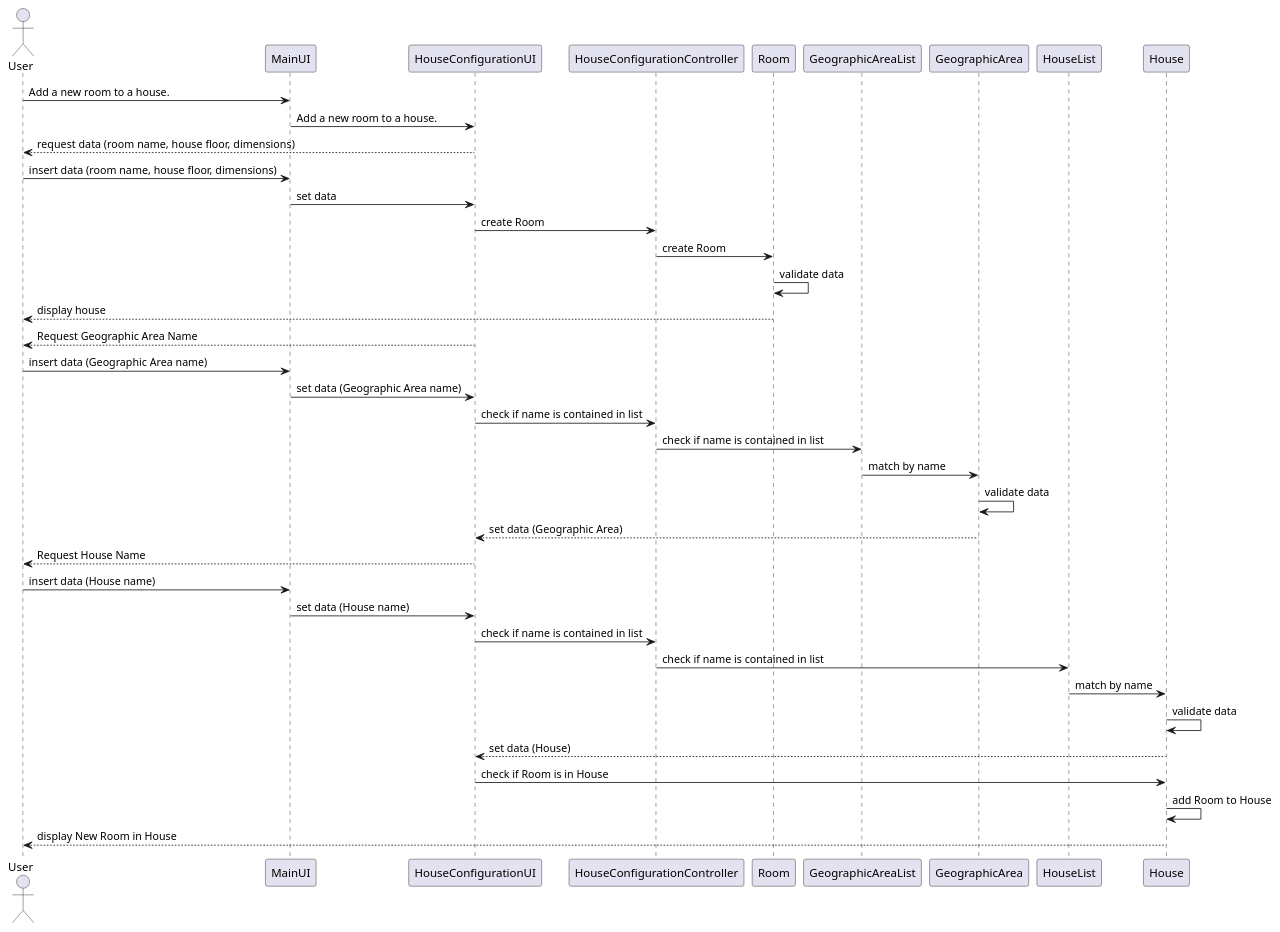
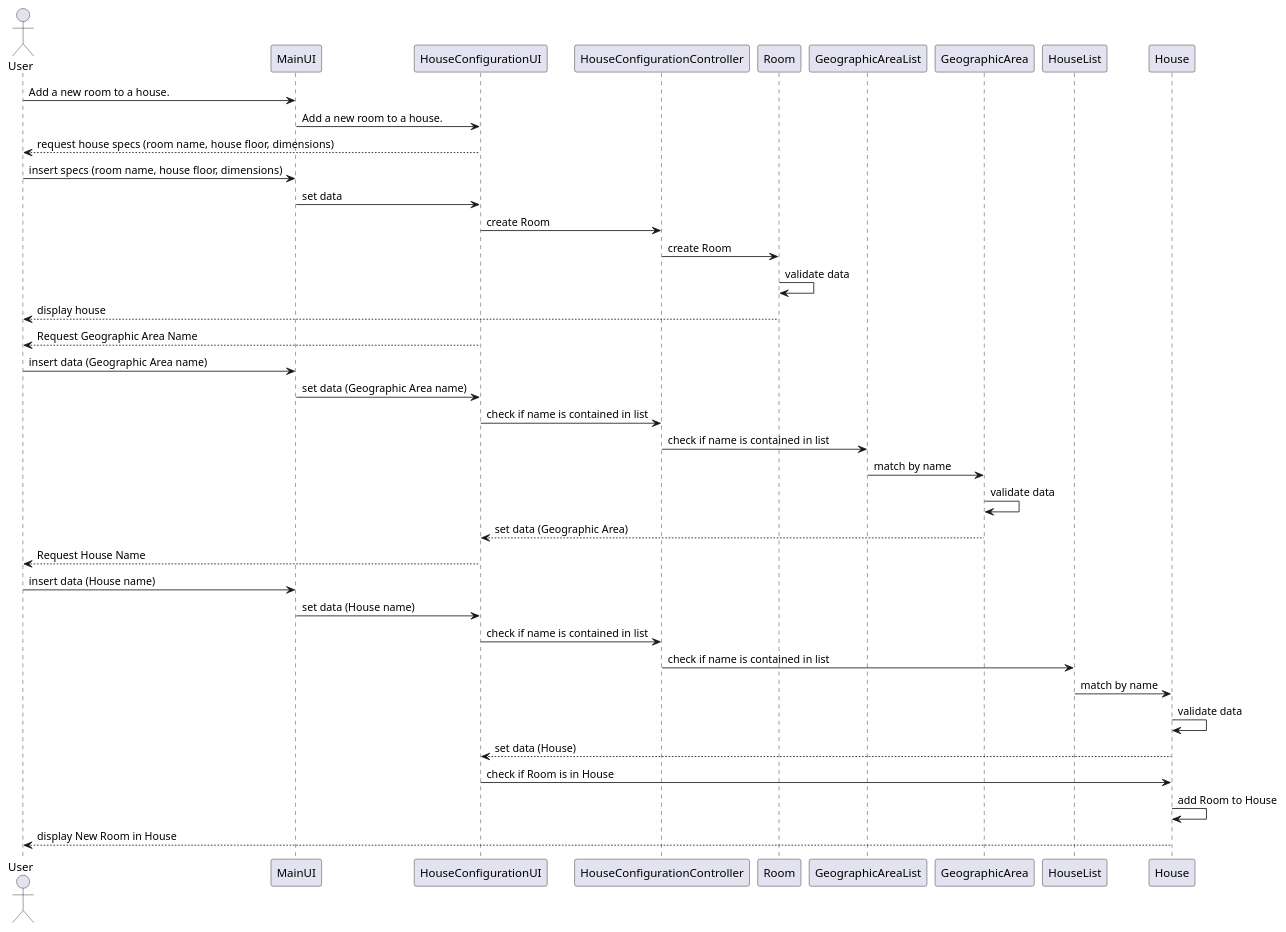
Before and after one commit to Almadanmp/project: the diagram in uml/US105.puml, drawn with PlantUML. The commit also changed 5 other files, not shown here.

```diff
--- a/uml/US105.puml
+++ b/uml/US105.puml
@@ -1,32 +1,32 @@
 @startuml
 actor User
 User -> MainUI: Add a new room to a house.
 MainUI -> HouseConfigurationUI: Add a new room to a house.
-HouseConfigurationUI --> User: request data (room name, house floor, dimensions)
-User -> MainUI: insert data (room name, house floor, dimensions)
+HouseConfigurationUI --> User: request house specs (room name, house floor, dimensions)
+User -> MainUI: insert specs (room name, house floor, dimensions)
 MainUI -> HouseConfigurationUI: set data
 HouseConfigurationUI -> HouseConfigurationController: create Room
 HouseConfigurationController -> Room: create Room
 Room -> Room: validate data
 Room --> User: display house
 HouseConfigurationUI --> User: Request Geographic Area Name
 User -> MainUI: insert data (Geographic Area name)
 MainUI -> HouseConfigurationUI: set data (Geographic Area name)
 HouseConfigurationUI ->HouseConfigurationController: check if name is contained in list
 HouseConfigurationController -> GeographicAreaList: check if name is contained in list
 GeographicAreaList -> GeographicArea: match by name
 GeographicArea -> GeographicArea: validate data
 GeographicArea --> HouseConfigurationUI: set data (Geographic Area)
 HouseConfigurationUI --> User: Request House Name
 User -> MainUI: insert data (House name)
 MainUI -> HouseConfigurationUI: set data (House name)
 HouseConfigurationUI -> HouseConfigurationController: check if name is contained in list
 HouseConfigurationController -> HouseList: check if name is contained in list
 HouseList -> House: match by name
 House -> House: validate data
 House --> HouseConfigurationUI: set data (House)
 HouseConfigurationUI -> House: check if Room is in House
 House -> House: add Room to House
 House --> User: display New Room in House
 
 @enduml
```
